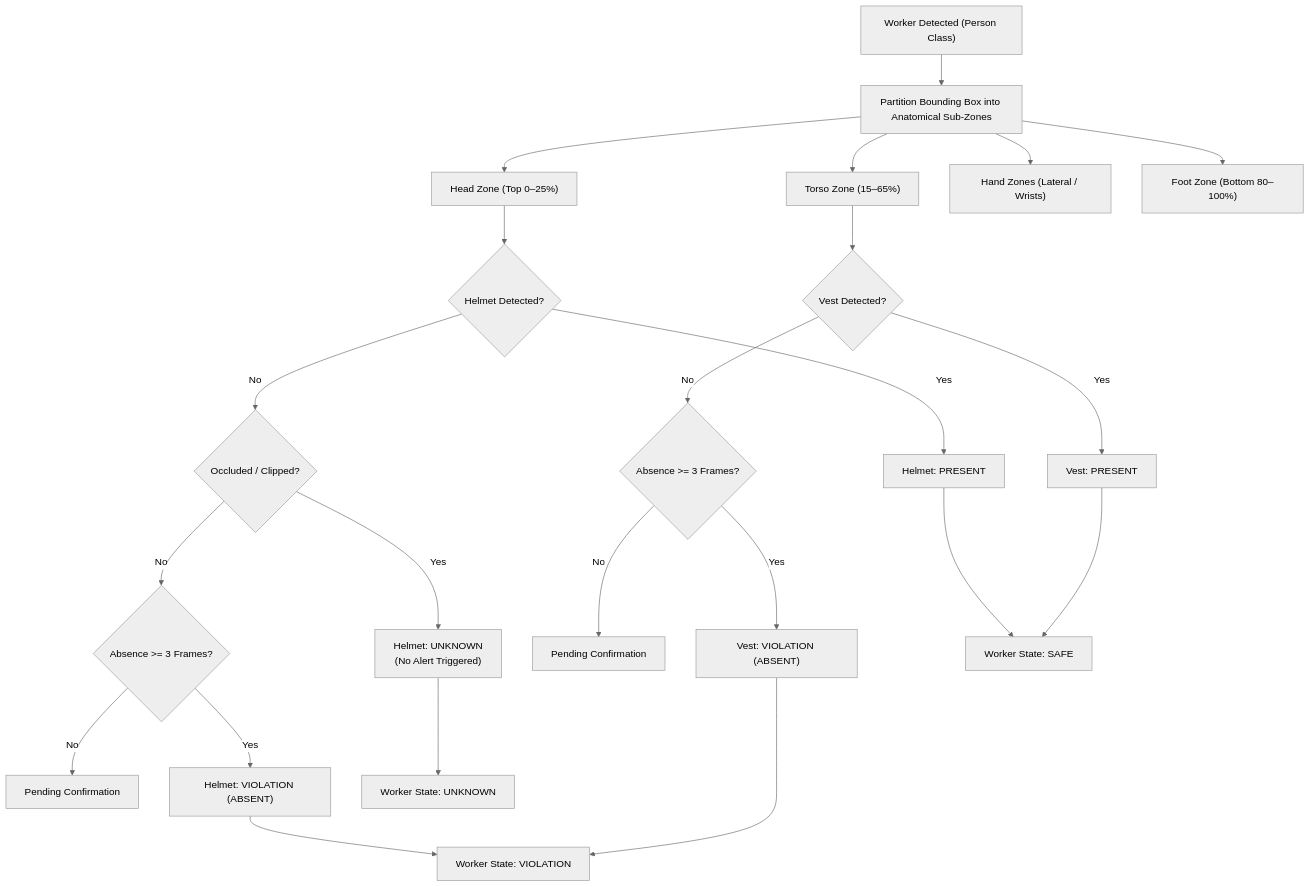
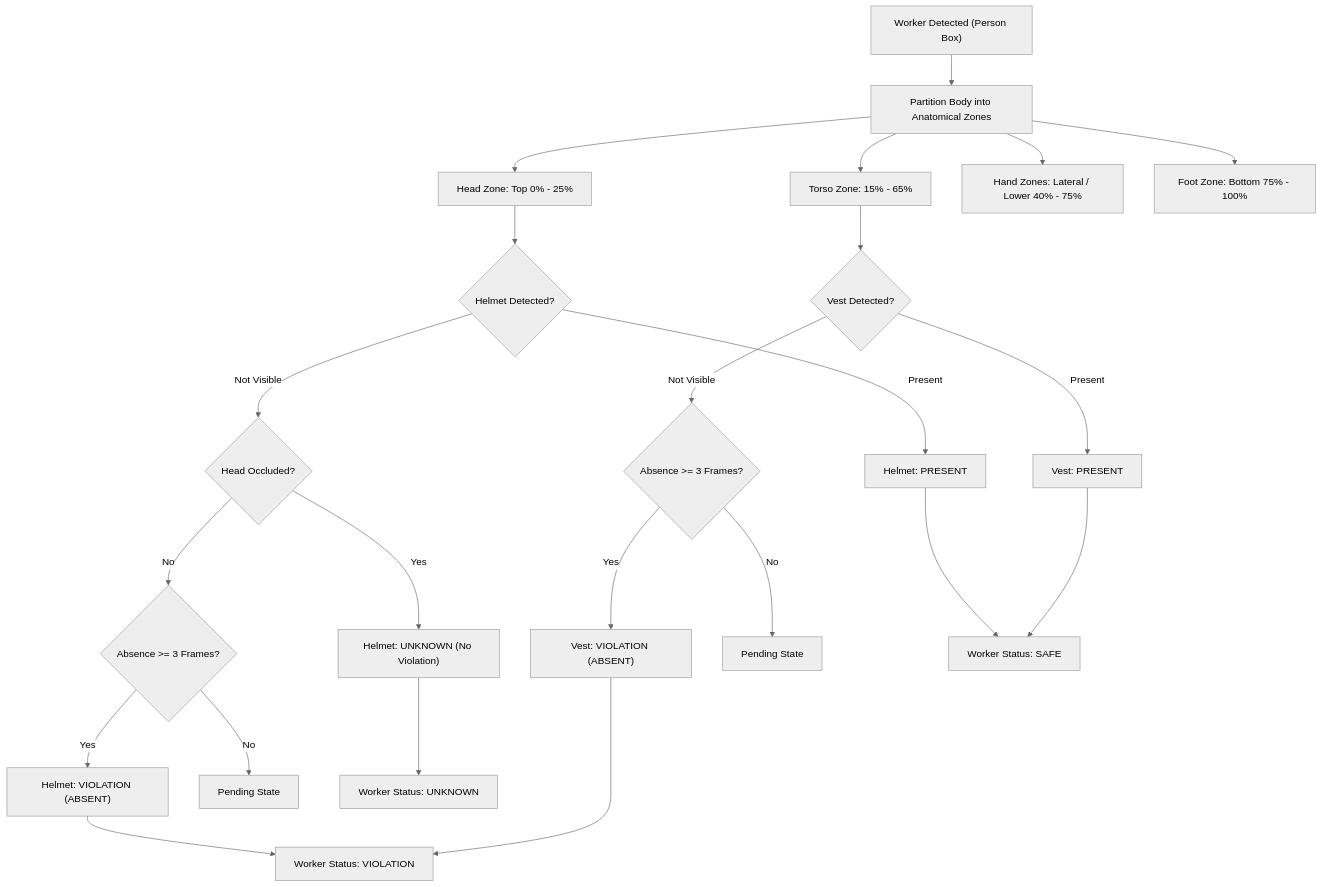
The third of 5 diagrams in README.md (SMRU08/SafeSync), drawn with Mermaid (neutral theme) before and after one commit. The commit also changed other lines of this file, not shown here.

````diff
--- a/README.md
+++ b/README.md
@@ -241,29 +273,28 @@
 ```mermaid
 flowchart TD
-    P["Worker Detected (Person Class)"] --> ZONES["Partition Bounding Box into Anatomical Sub-Zones"]
-    
-    ZONES --> Z_HEAD["Head Zone (Top 0–25%)"]
-    ZONES --> Z_TORSO["Torso Zone (15–65%)"]
-    ZONES --> Z_HANDS["Hand Zones (Lateral / Wrists)"]
-    ZONES --> Z_FEET["Foot Zone (Bottom 80–100%)"]
+    W["Worker Detected (Person Box)"] --> SPLIT["Partition Body into Anatomical Zones"]
+
+    SPLIT --> Z_HEAD["Head Zone: Top 0% - 25%"]
+    SPLIT --> Z_TORSO["Torso Zone: 15% - 65%"]
+    SPLIT --> Z_HANDS["Hand Zones: Lateral / Lower 40% - 75%"]
+    SPLIT --> Z_FEET["Foot Zone: Bottom 75% - 100%"]
 
     Z_HEAD --> CHK_H{"Helmet Detected?"}
+    CHK_H -- "Present" --> H_OK["Helmet: PRESENT"]
+    CHK_H -- "Not Visible" --> OCC_H{"Head Occluded?"}
+    OCC_H -- "Yes" --> H_UNK["Helmet: UNKNOWN (No Violation)"]
+    OCC_H -- "No" --> H_TEM{"Absence >= 3 Frames?"}
+    H_TEM -- "Yes" --> H_VIO["Helmet: VIOLATION (ABSENT)"]
+    H_TEM -- "No" --> H_PEND["Pending State"]
+
     Z_TORSO --> CHK_V{"Vest Detected?"}
+    CHK_V -- "Present" --> V_OK["Vest: PRESENT"]
+    CHK_V -- "Not Visible" --> V_TEM{"Absence >= 3 Frames?"}
+    V_TEM -- "Yes" --> V_VIO["Vest: VIOLATION (ABSENT)"]
+    V_TEM -- "No" --> V_PEND["Pending State"]
 
-    CHK_H -- "Yes" --> H_OK["Helmet: PRESENT"]
-    CHK_H -- "No" --> OCC_H{"Occluded / Clipped?"}
-    OCC_H -- "Yes" --> H_UNK["Helmet: UNKNOWN<br>(No Alert Triggered)"]
-    OCC_H -- "No" --> H_CONF{"Absence >= 3 Frames?"}
-    H_CONF -- "No" --> H_PEND["Pending Confirmation"]
-    H_CONF -- "Yes" --> H_VIO["Helmet: VIOLATION (ABSENT)"]
-
-    CHK_V -- "Yes" --> V_OK["Vest: PRESENT"]
-    CHK_V -- "No" --> V_CONF{"Absence >= 3 Frames?"}
-    V_CONF -- "No" --> V_PEND["Pending Confirmation"]
-    V_CONF -- "Yes" --> V_VIO["Vest: VIOLATION (ABSENT)"]
-
-    H_OK & V_OK --> STATE_SAFE["Worker State: SAFE"]
-    H_UNK --> STATE_UNK["Worker State: UNKNOWN"]
-    H_VIO --> STATE_VIOL["Worker State: VIOLATION"]
-    V_VIO --> STATE_VIOL
+    H_OK & V_OK --> ST_SAFE["Worker Status: SAFE"]
+    H_UNK --> ST_UNK["Worker Status: UNKNOWN"]
+    H_VIO --> ST_VIO["Worker Status: VIOLATION"]
+    V_VIO --> ST_VIO
 ```
````
